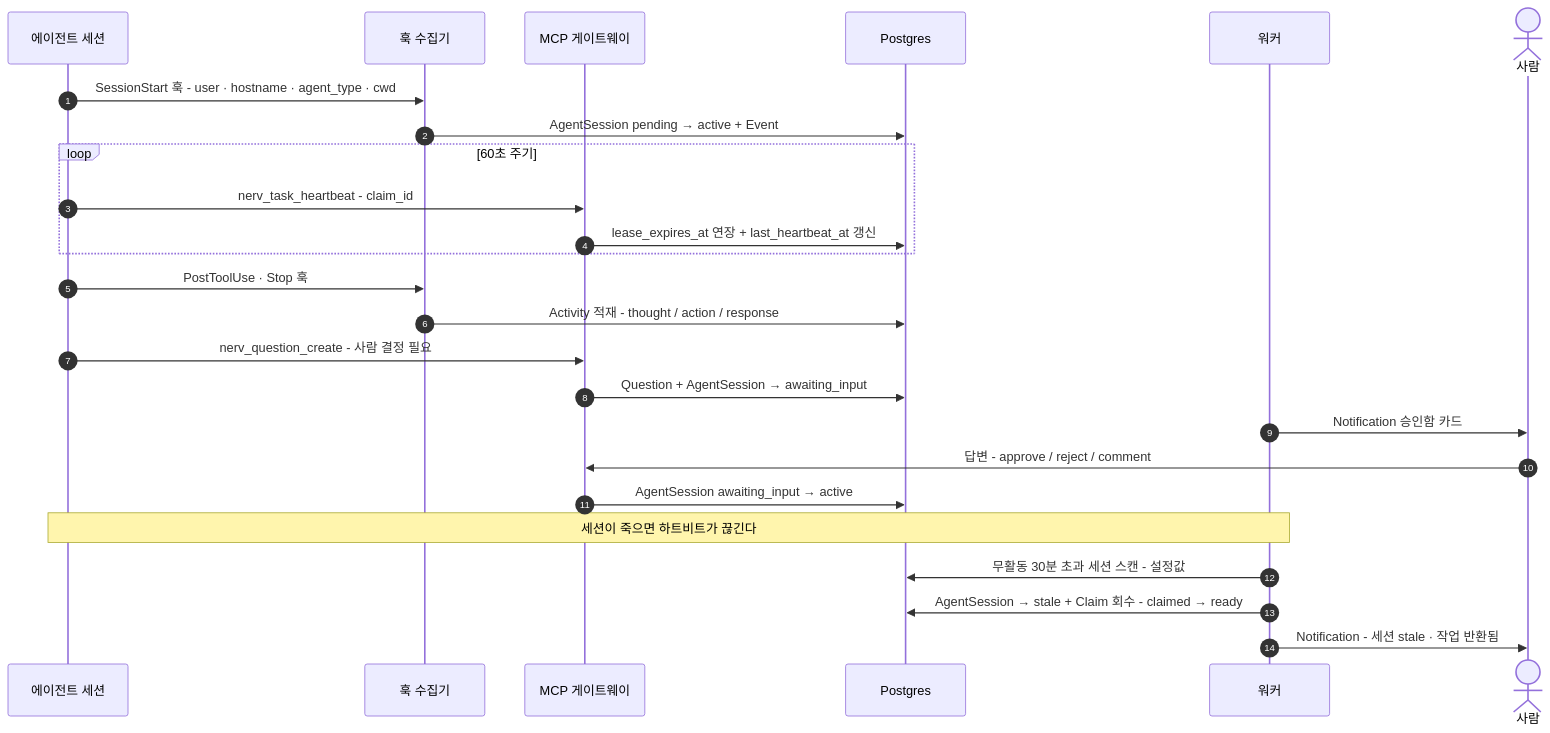
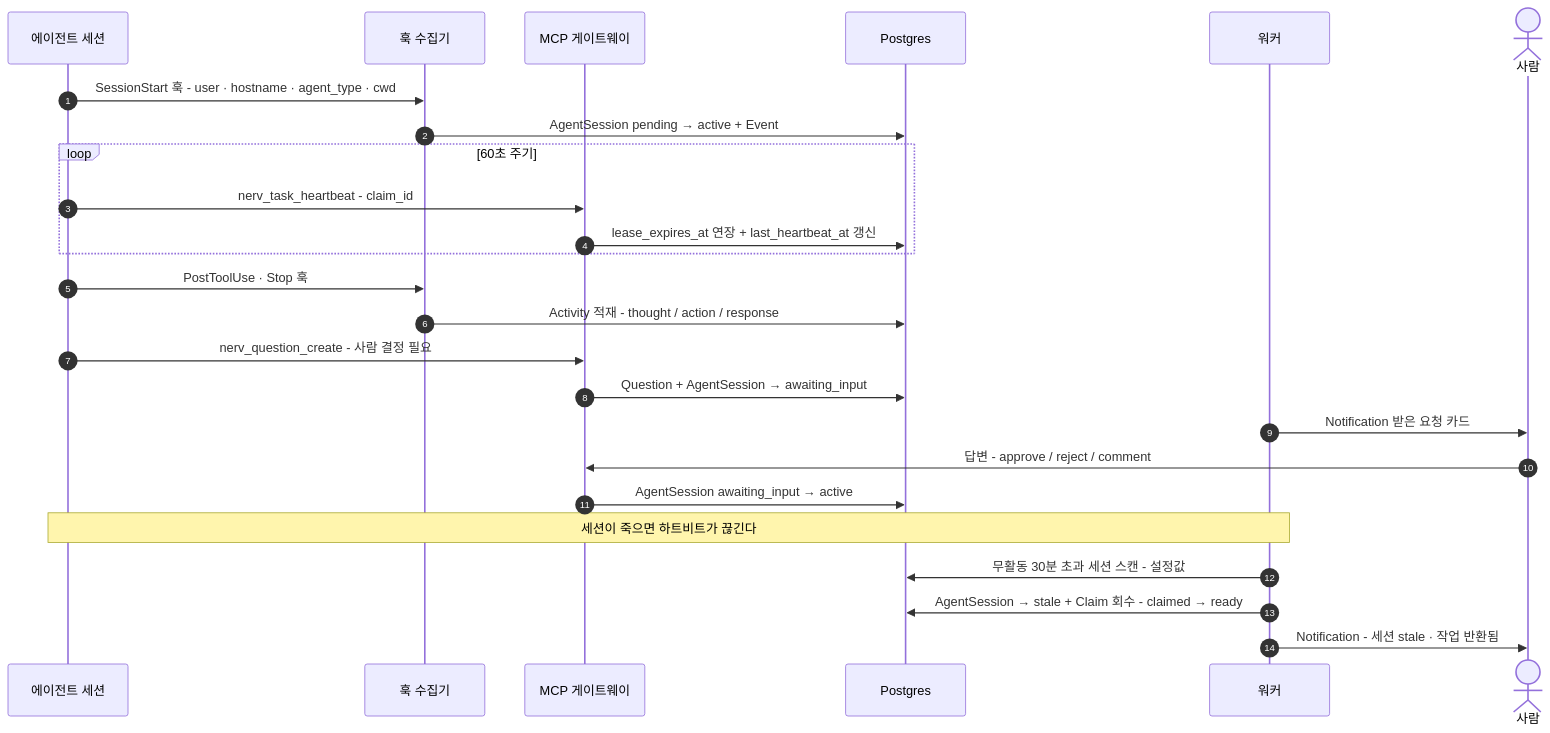
One commit to worker-ants/nerv changed the fourth of 6 diagrams in docs/03-proposal/architecture.md. Above: the diagram before and after it, drawn with Mermaid. The commit also changed other lines of this file and 76 other files, not shown here.

````diff
--- a/docs/03-proposal/architecture.md
+++ b/docs/03-proposal/architecture.md
@@ -240,27 +240,27 @@
 ```mermaid
 sequenceDiagram
   autonumber
   participant S as 에이전트 세션
   participant H as 훅 수집기
   participant M as MCP 게이트웨이
   participant DB as Postgres
   participant K as 워커
   actor U as 사람
   S->>H: SessionStart 훅 - user · hostname · agent_type · cwd
   H->>DB: AgentSession pending → active + Event
   loop 60초 주기
     S->>M: nerv_task_heartbeat - claim_id
     M->>DB: lease_expires_at 연장 + last_heartbeat_at 갱신
   end
   S->>H: PostToolUse · Stop 훅
   H->>DB: Activity 적재 - thought / action / response
   S->>M: nerv_question_create - 사람 결정 필요
   M->>DB: Question + AgentSession → awaiting_input
-  K->>U: Notification 승인함 카드
+  K->>U: Notification 받은 요청 카드
   U->>M: 답변 - approve / reject / comment
   M->>DB: AgentSession awaiting_input → active
   Note over S,K: 세션이 죽으면 하트비트가 끊긴다
   K->>DB: 무활동 30분 초과 세션 스캔 - 설정값
   K->>DB: AgentSession → stale + Claim 회수 - claimed → ready
   K->>U: Notification - 세션 stale · 작업 반환됨
 ```
````
